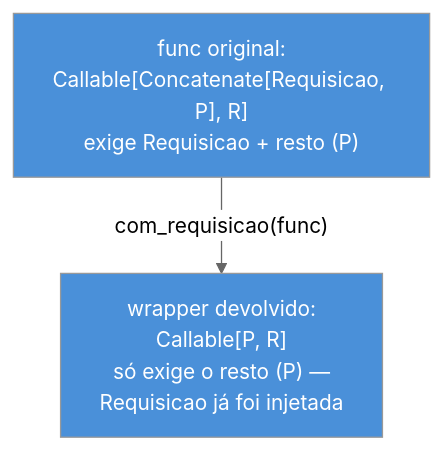
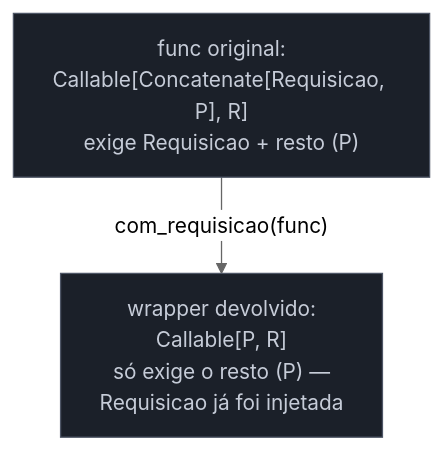
Before and after one commit to josenaldo/codex-technomanticus: the third of 4 diagrams in 03-Dominios/Tecnologia/Python/Tipagem moderna/07 - Typing avançado — overload, Self, ParamSpec.md, drawn with Mermaid (neutral theme). The commit also changed other lines of this file and 1181 other files, not shown here.

First line of the commit message:
fix(diagramas): paleta do sistema no lugar de cor cravada no markdown

````diff
--- a/03-Dominios/Tecnologia/Python/Tipagem moderna/07 - Typing avançado — overload, Self, ParamSpec.md
+++ b/03-Dominios/Tecnologia/Python/Tipagem moderna/07 - Typing avançado — overload, Self, ParamSpec.md
@@ -271,7 +275,8 @@
 ```mermaid
 flowchart TD
+    classDef neutro fill:#1B2029,stroke:#4E5666,color:#C6CCD8
     A["func original:<br/>Callable[Concatenate[Requisicao, P], R]<br/>exige Requisicao + resto (P)"] -->|"com_requisicao(func)"| B["wrapper devolvido:<br/>Callable[P, R]<br/>só exige o resto (P) —<br/>Requisicao já foi injetada"]
 
-    style A fill:#4A90D9,color:#fff
-    style B fill:#4A90D9,color:#fff
+    class A neutro
+    class B neutro
 ```
````
